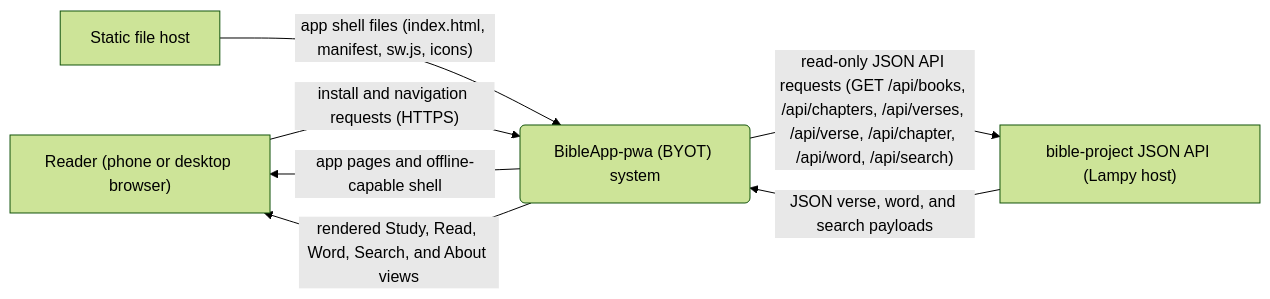
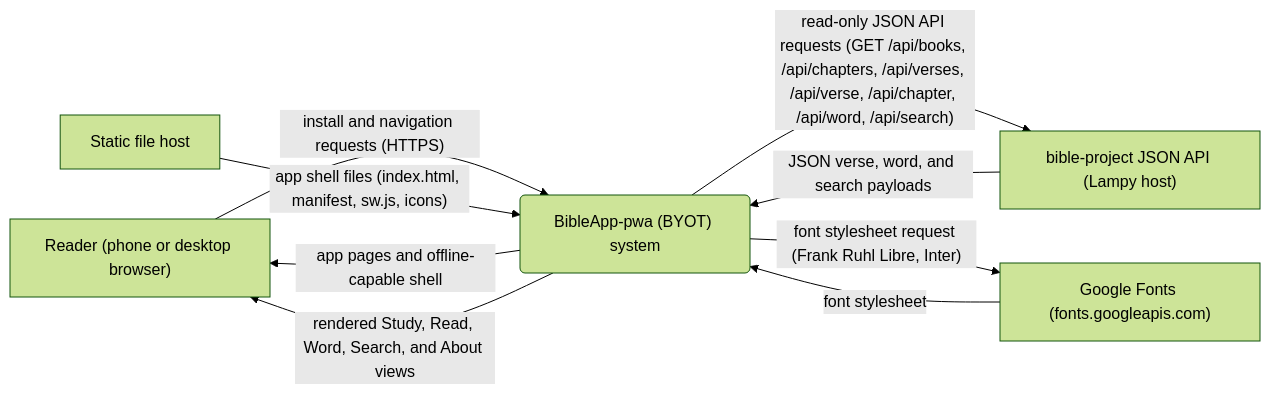
Before and after one commit to kitcosby/BibleApp-pwa: the first of 3 diagrams in docs/architecture.md, drawn with Mermaid (forest theme). The commit also changed other lines of this file, not shown here.

Commit message:
docs: architecture correction — add Google Fonts external entity and Study verse cache (diagram maintenance)

````diff
--- a/docs/architecture.md
+++ b/docs/architecture.md
@@ -11,13 +11,16 @@
 ```mermaid
 flowchart LR
     E1["Reader (phone or desktop browser)"]
     E2["Static file host"]
     E3["bible-project JSON API (Lampy host)"]
+    E4["Google Fonts (fonts.googleapis.com)"]
     P0("BibleApp-pwa (BYOT) system")
     E1 -->|"install and navigation requests (HTTPS)"| P0
     E2 -->|"app shell files (index.html, manifest, sw.js, icons)"| P0
     P0 -->|"app pages and offline-capable shell"| E1
     P0 -->|"read-only JSON API requests (GET /api/books, /api/chapters, /api/verses, /api/verse, /api/chapter, /api/word, /api/search)"| E3
     E3 -->|"JSON verse, word, and search payloads"| P0
+    P0 -->|"font stylesheet request (Frank Ruhl Libre, Inter)"| E4
+    E4 -->|"font stylesheet"| P0
     P0 -->|"rendered Study, Read, Word, Search, and About views"| E1
 ```
````
